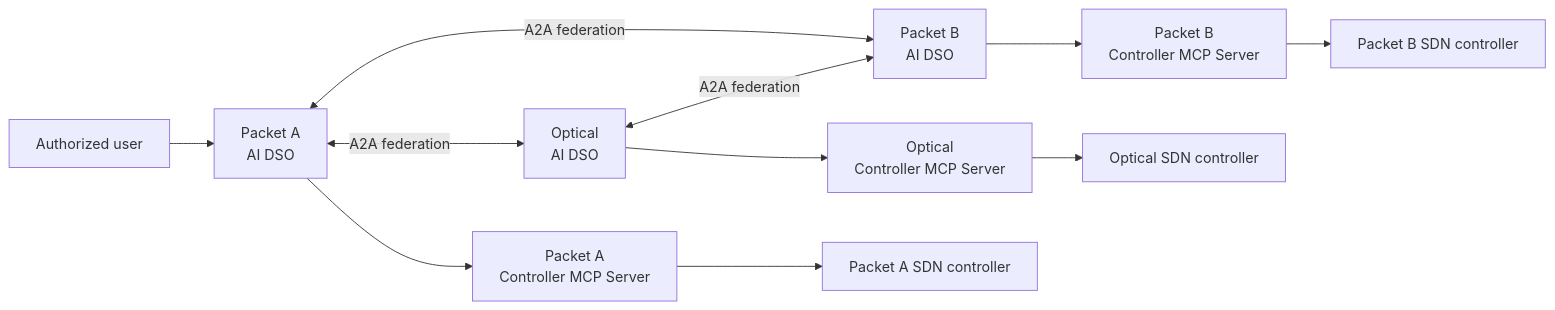
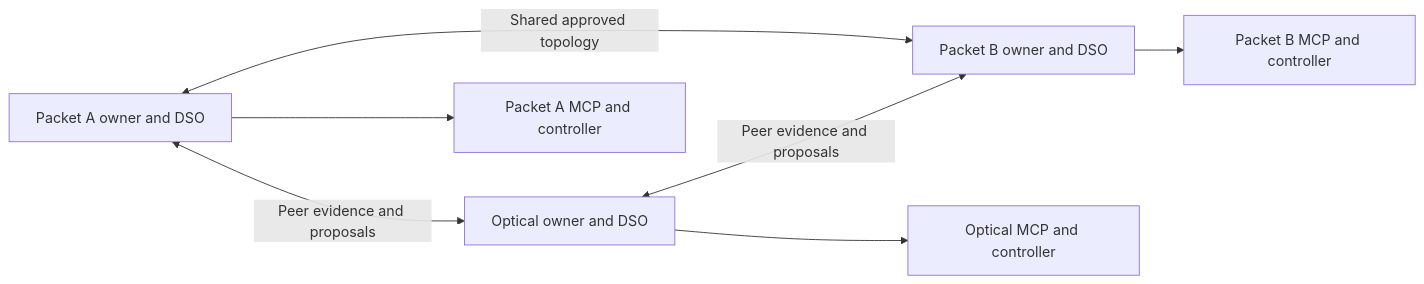
Before and after one commit to allenabishekGithub/inter-domain-automatedNetworking: the diagram in docs/system-overview.md, drawn with Mermaid. The commit also changed other lines of this file and 12 other files, not shown here.

````diff
--- a/docs/system-overview.md
+++ b/docs/system-overview.md
@@ -30,15 +17,9 @@
 ```mermaid
 flowchart LR
-    U[Authorized user] --> PA[Packet A\nAI DSO]
-    PA <-->|A2A federation| O[Optical\nAI DSO]
-    O <-->|A2A federation| PB[Packet B\nAI DSO]
-    PA <-->|A2A federation| PB
-
-    PA --> PM[Packet A\nController MCP Server]
-    O --> OM[Optical\nController MCP Server]
-    PB --> BM[Packet B\nController MCP Server]
-
-    PM --> PC[Packet A SDN controller]
-    OM --> OC[Optical SDN controller]
-    BM --> BC[Packet B SDN controller]
+    A[Packet A owner and DSO] <-->|Peer evidence and proposals| O[Optical owner and DSO]
+    O <-->|Peer evidence and proposals| B[Packet B owner and DSO]
+    A <-->|Shared approved topology| B
+    A --> MA[Packet A MCP and controller]
+    O --> MO[Optical MCP and controller]
+    B --> MB[Packet B MCP and controller]
 ```
````
